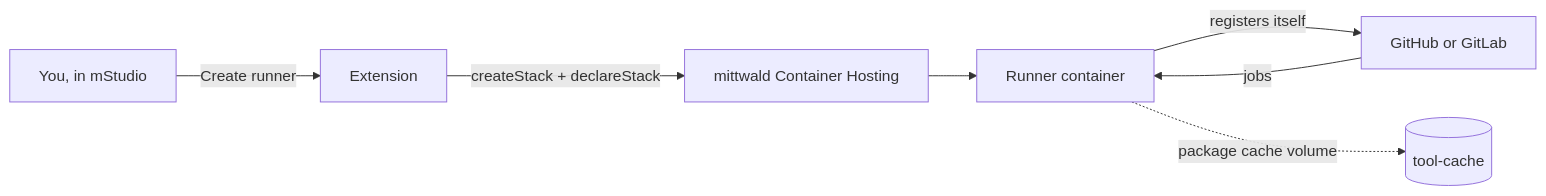
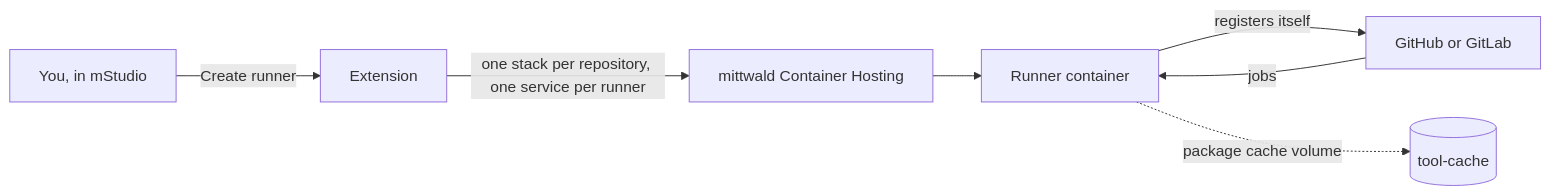
One commit to Hermsi1337/mstudio-ci-runner-extension changed the diagram in README.md. Above: the diagram before and after it, drawn with Mermaid. The commit also changed other lines of this file and 16 other files, not shown here.

First line of the commit message:
feat: one container stack per registration target

````diff
--- a/README.md
+++ b/README.md
@@ -39,9 +39,9 @@
 ```mermaid
 flowchart LR
     U[You, in mStudio] -->|Create runner| E[Extension]
-    E -->|createStack + declareStack| M[mittwald Container Hosting]
+    E -->|one stack per repository, one service per runner| M[mittwald Container Hosting]
     M --> C[Runner container]
     C -->|registers itself| G[GitHub or GitLab]
     G -->|jobs| C
     C -.->|package cache volume| V[(tool-cache)]
 ```
````
